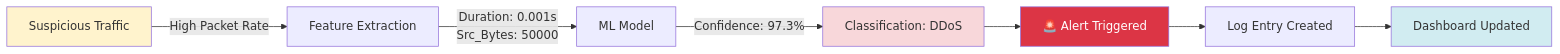
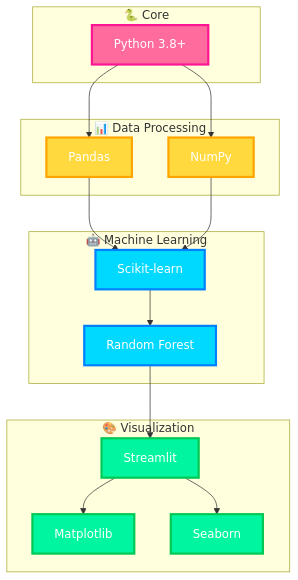
The sixth of 8 diagrams in README.md (sr-857/AI-Network-Intrusion-Detection), drawn with Mermaid before and after one commit. The commit also changed other lines of this file, not shown here.

````diff
--- a/README.md
+++ b/README.md
@@ -643,14 +271,38 @@
 ```mermaid
-graph LR
-    A[Suspicious Traffic] -->|High Packet Rate| B[Feature Extraction]
-    B -->|Duration: 0.001s<br/>Src_Bytes: 50000| C[ML Model]
-    C -->|Confidence: 97.3%| D[Classification: DDoS]
-    D --> E[🚨 Alert Triggered]
-    E --> F[Log Entry Created]
-    F --> G[Dashboard Updated]
+graph TB
+    subgraph "🐍 Core"
+        A[Python 3.8+]
+    end
     
-    style A fill:#fff3cd
-    style D fill:#f8d7da
-    style E fill:#dc3545,color:#fff
-    style G fill:#d1ecf1
+    subgraph "📊 Data Processing"
+        B[Pandas]
+        C[NumPy]
+    end
+    
+    subgraph "🤖 Machine Learning"
+        D[Scikit-learn]
+        E[Random Forest]
+    end
+    
+    subgraph "🎨 Visualization"
+        F[Streamlit]
+        G[Matplotlib]
+        H[Seaborn]
+    end
+    
+    A --> B & C
+    B & C --> D
+    D --> E
+    E --> F
+    F --> G & H
+    
+    classDef core fill:#FF6B9D,stroke:#FF1493,stroke-width:3px,color:#FFF
+    classDef data fill:#FFD93D,stroke:#FFA500,stroke-width:3px,color:#FFF
+    classDef ml fill:#00D9FF,stroke:#0080FF,stroke-width:3px,color:#FFF
+    classDef viz fill:#00F5A0,stroke:#00C853,stroke-width:3px,color:#FFF
+    
+    class A core
+    class B,C data
+    class D,E ml
+    class F,G,H viz
 ```
````
